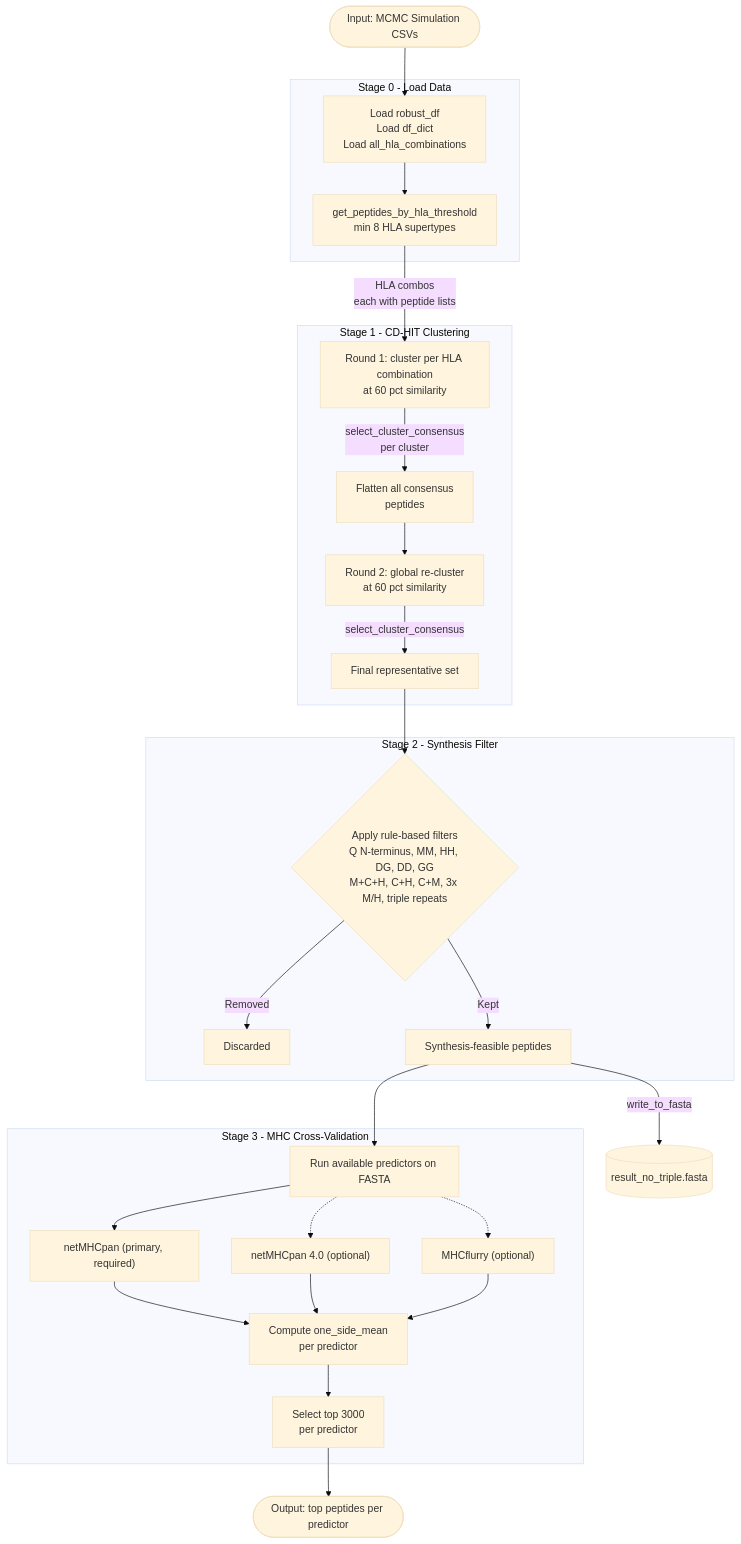
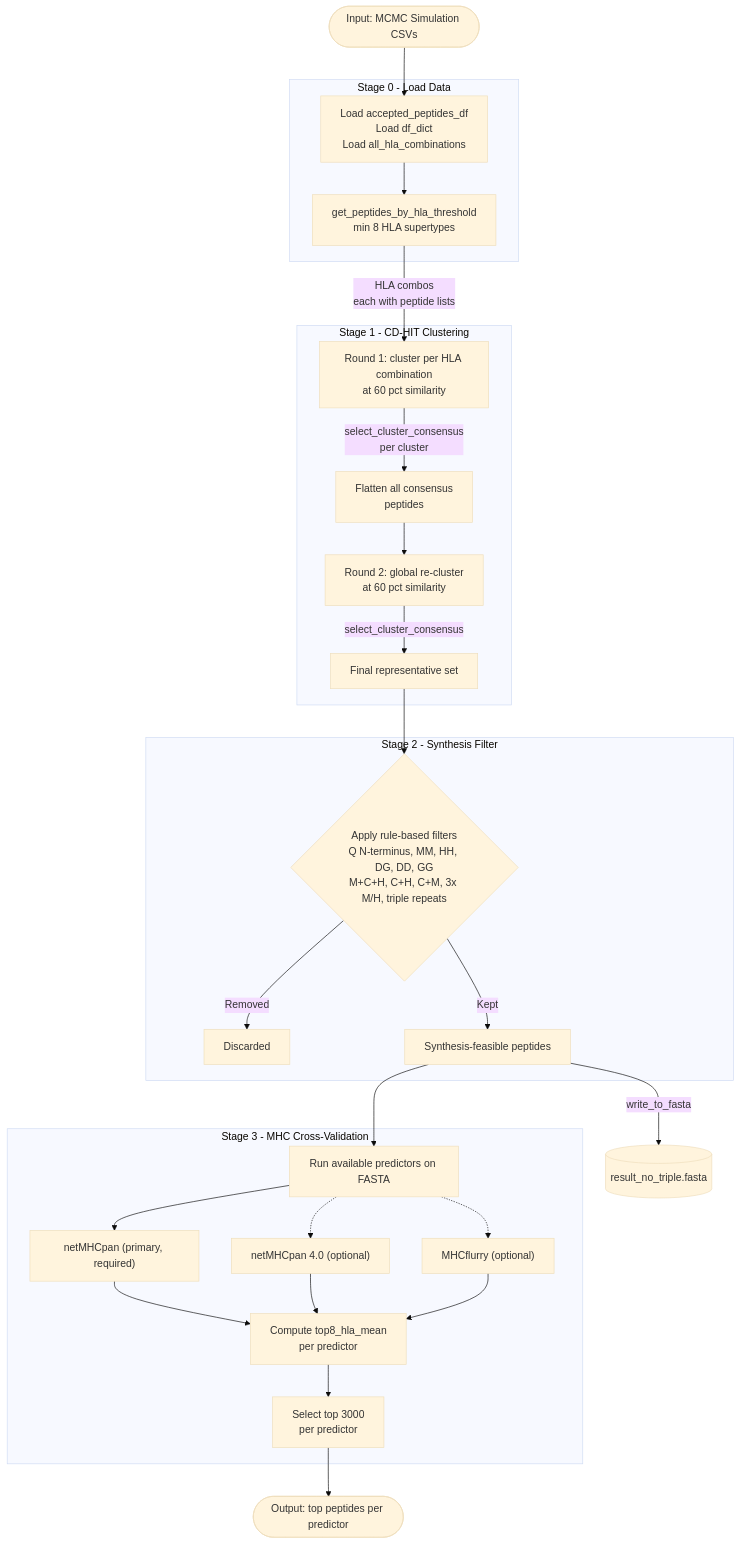
The diagram in filtering/README.md (elinor5938/super-HLA), drawn with Mermaid (base theme) before and after one commit. The commit also changed other lines of this file and 20 other files, not shown here.

````diff
--- a/filtering/README.md
+++ b/filtering/README.md
@@ -13,41 +13,41 @@
 ```mermaid
 flowchart TD
     A([Input: MCMC Simulation CSVs]) --> S0
 
     subgraph Stage 0 - Load Data
-        S0["Load robust_df<br/>Load df_dict<br/>Load all_hla_combinations"]
+        S0["Load accepted_peptides_df<br/>Load df_dict<br/>Load all_hla_combinations"]
         S0 --> S0b["get_peptides_by_hla_threshold<br/>min 8 HLA supertypes"]
     end
 
     S0b -->|"HLA combos<br/>each with peptide lists"| S1
 
     subgraph Stage 1 - CD-HIT Clustering
         S1["Round 1: cluster per HLA combination<br/>at 60 pct similarity"]
         S1 -->|"select_cluster_consensus<br/>per cluster"| S1b
         S1b["Flatten all consensus<br/>peptides"]
         S1b --> S1c["Round 2: global re-cluster<br/>at 60 pct similarity"]
         S1c -->|select_cluster_consensus| S1d["Final representative set"]
     end
 
     S1d --> S2
 
     subgraph Stage 2 - Synthesis Filter
         S2{"Apply rule-based filters<br/>Q N-terminus, MM, HH, DG, DD, GG<br/>M+C+H, C+H, C+M, 3x M/H, triple repeats"}
         S2 -->|Removed| Trash1[Discarded]
         S2 -->|Kept| S2b["Synthesis-feasible peptides"]
     end
 
     S2b --> S3
     S2b -->|write_to_fasta| FASTA[(result_no_triple.fasta)]
 
     subgraph Stage 3 - MHC Cross-Validation
         S3[Run available predictors on FASTA]
         S3 --> P1["netMHCpan (primary, required)"]
         S3 -.-> P2["netMHCpan 4.0 (optional)"]
         S3 -.-> P3["MHCflurry (optional)"]
-        P1 & P2 & P3 --> Score["Compute one_side_mean<br/>per predictor"]
+        P1 & P2 & P3 --> Score["Compute top8_hla_mean<br/>per predictor"]
         Score --> Top["Select top 3000<br/>per predictor"]
     end
 
     Top --> Out(["Output: top peptides per predictor"])
 ```
````
